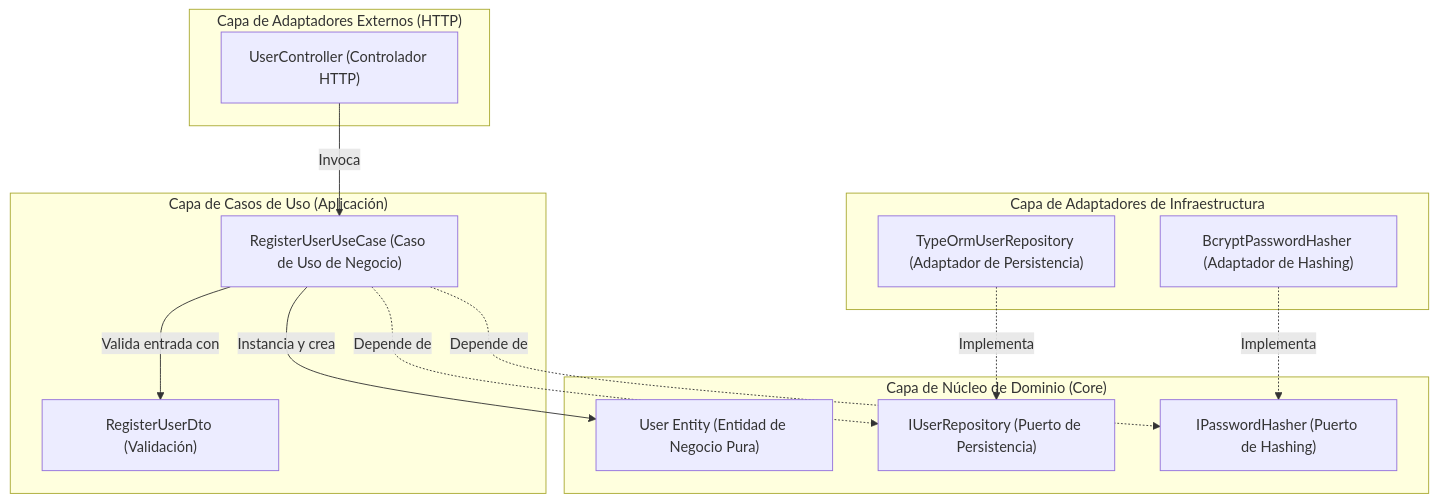
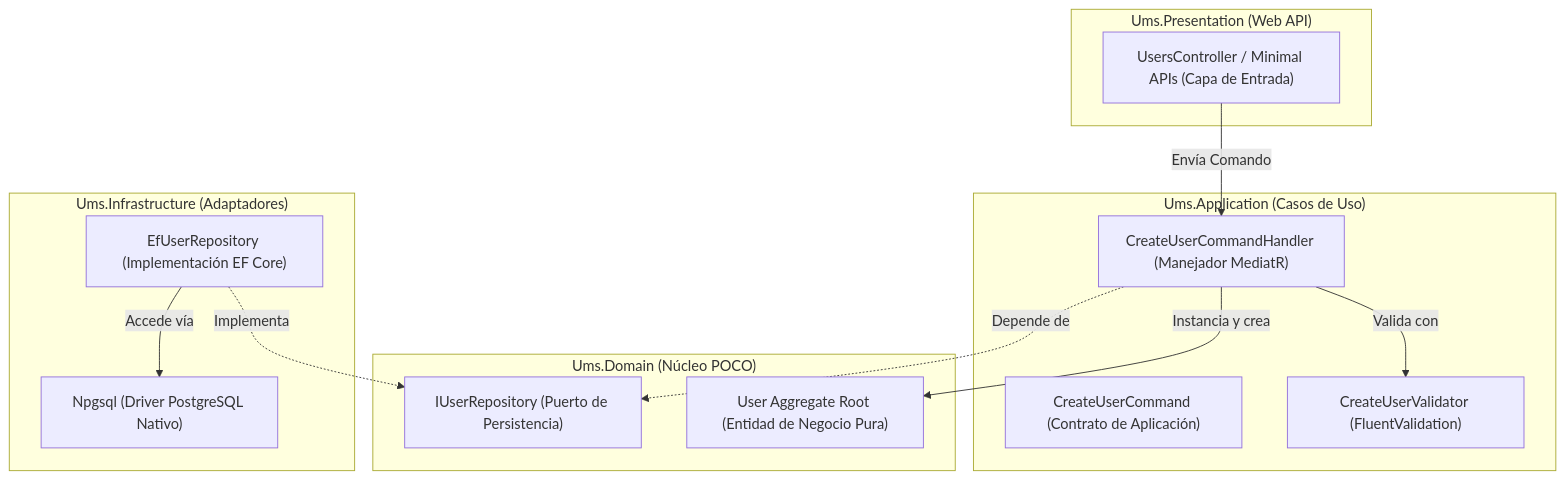
Before and after one commit to beyondnetcode/ums: the third of 3 diagrams in architecture/blueprints-es/architecture-spec.md, drawn with Mermaid. The commit also changed other lines of this file and 1 other file, not shown here.

Commit message:
docs: add navigation links and update diagrams to .NET 8

````diff
--- a/architecture/blueprints-es/architecture-spec.md
+++ b/architecture/blueprints-es/architecture-spec.md
@@ -122,31 +122,30 @@
 ```mermaid
 graph TD
-    subgraph HTTP["Capa de Adaptadores Externos (HTTP)"]
-        Controller["UserController (Controlador HTTP)"]
+    subgraph Presentation["Ums.Presentation (Web API)"]
+        Controller["UsersController / Minimal APIs (Capa de Entrada)"]
     end
 
-    subgraph Application["Capa de Casos de Uso (Aplicación)"]
-        UseCase["RegisterUserUseCase (Caso de Uso de Negocio)"]
-        DTO["RegisterUserDto (Validación)"]
+    subgraph Application["Ums.Application (Casos de Uso)"]
+        Handler["CreateUserCommandHandler (Manejador MediatR)"]
+        Command["CreateUserCommand (Contrato de Aplicación)"]
+        Validator["CreateUserValidator (FluentValidation)"]
     end
 
-    subgraph Core["Capa de Núcleo de Dominio (Core)"]
-        UserEntity["User Entity (Entidad de Negocio Pura)"]
+    subgraph Domain["Ums.Domain (Núcleo POCO)"]
+        Entity["User Aggregate Root (Entidad de Negocio Pura)"]
         IUserRepo["IUserRepository (Puerto de Persistencia)"]
-        IPassHasher["IPasswordHasher (Puerto de Hashing)"]
     end
 
-    subgraph Infrastructure["Capa de Adaptadores de Infraestructura"]
-        TypeOrmRepo["TypeOrmUserRepository (Adaptador de Persistencia)"]
-        BcryptHasher["BcryptPasswordHasher (Adaptador de Hashing)"]
+    subgraph Infrastructure["Ums.Infrastructure (Adaptadores)"]
+        EfRepo["EfUserRepository (Implementación EF Core)"]
+        Postgres["Npgsql (Driver PostgreSQL Nativo)"]
     end
 
-    Controller -->|Invoca| UseCase
-    UseCase -->|Valida entrada con| DTO
-    UseCase -->|Instancia y crea| UserEntity
-    UseCase -.->|Depende de| IUserRepo
-    UseCase -.->|Depende de| IPassHasher
-
-    TypeOrmRepo -.->|Implementa| IUserRepo
-    BcryptHasher -.->|Implementa| IPassHasher
+    Controller -->|Envía Comando| Handler
+    Handler -->|Valida con| Validator
+    Handler -->|Instancia y crea| Entity
+    Handler -.->|Depende de| IUserRepo
+    
+    EfRepo -.->|Implementa| IUserRepo
+    EfRepo -->|Accede vía| Postgres
 ```
````
